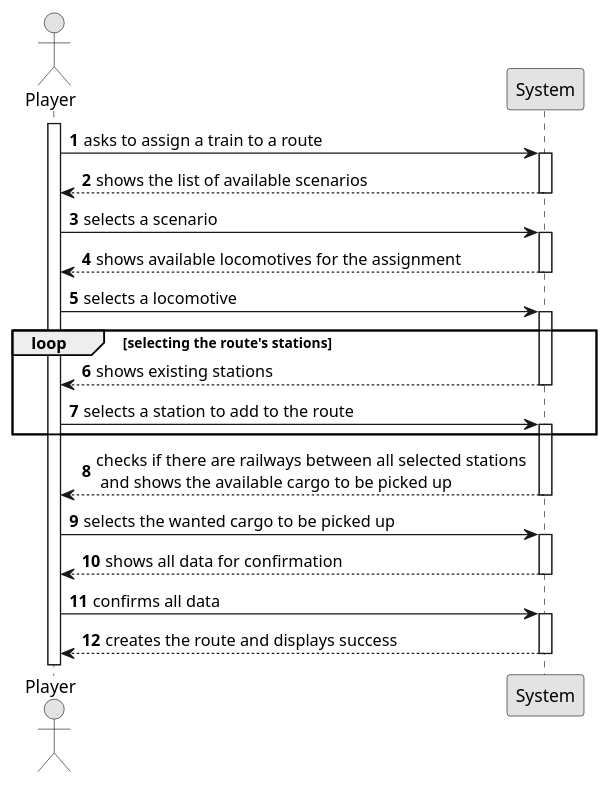
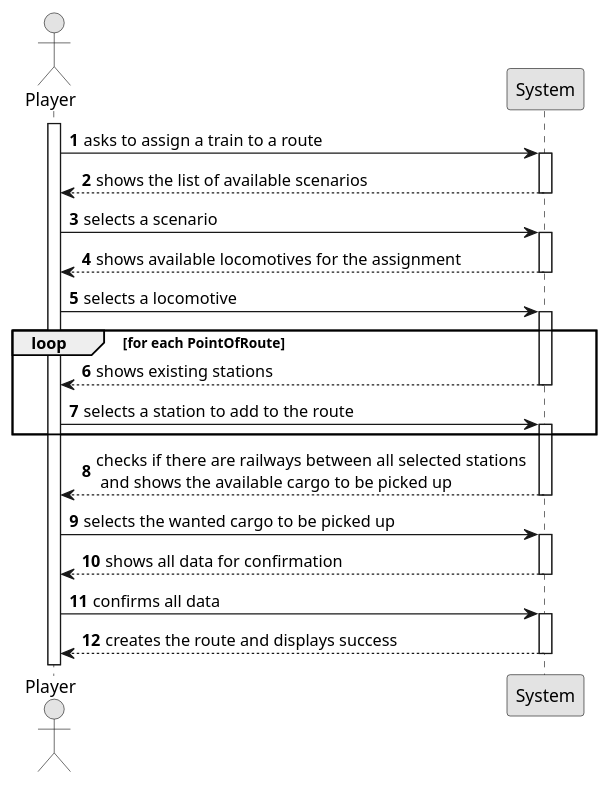
The diagram in Sprint3/US010/01.requirements-engineering/puml/US010-SSD.puml (1240935/pi2-railway-simulator), drawn with PlantUML before and after one commit. The commit also changed 35 other files, not shown here.

```diff
--- a/Sprint3/US010/01.requirements-engineering/puml/US010-SSD.puml
+++ b/Sprint3/US010/01.requirements-engineering/puml/US010-SSD.puml
@@ -1,52 +1,52 @@
 @startuml
 skinparam monochrome true
 skinparam packageStyle rectangle
 skinparam shadowing false
 
 autonumber
 
 actor "Player" as Employee
 participant "System" as System
 
 activate Employee
 
     Employee -> System : asks to assign a train to a route
     activate System
 
     System --> Employee : shows the list of available scenarios
     deactivate
 
     Employee -> System : selects a scenario
     activate System
 
         System --> Employee : shows available locomotives for the assignment
     deactivate System
 
     Employee -> System : selects a locomotive
     activate System
 
-    loop selecting the route's stations
+    loop for each PointOfRoute
 
     System --> Employee : shows existing stations
     deactivate System
 
     Employee -> System : selects a station to add to the route
     activate System
 
     end loop
 
     System --> Employee: checks if there are railways between all selected stations \n and shows the available cargo to be picked up
     deactivate System
 
     Employee -> System: selects the wanted cargo to be picked up
     activate System
 
     System --> Employee: shows all data for confirmation
     deactivate System
 
     Employee -> System : confirms all data
     activate System
 
     System --> Employee : creates the route and displays success
     deactivate System
 @enduml
```
